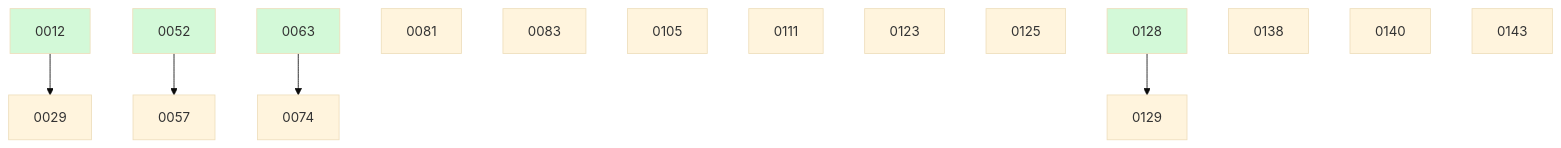
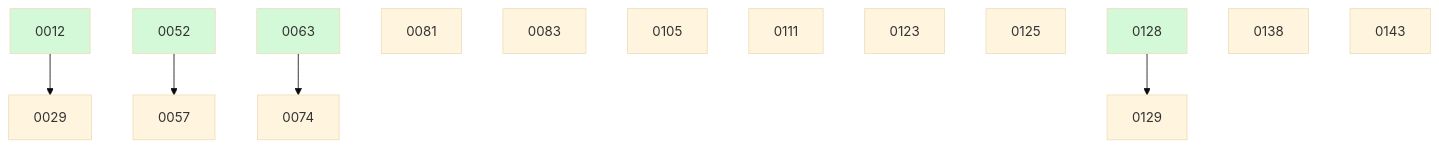
One commit to ethanhinson/fuse changed the diagram in docs/changes/BOARD.md. Above: the diagram before and after it, drawn with Mermaid (base theme). The commit also changed other lines of this file and 1 other file, not shown here.

````diff
--- a/docs/changes/BOARD.md
+++ b/docs/changes/BOARD.md
@@ -38,21 +37,20 @@
 ```mermaid
 graph TD
   0012 --> 0029
   0052 --> 0057
   0063 --> 0074
   0081
   0083
   0105
   0111
   0123
   0125
   0128 --> 0129
   0138
-  0140
   0143
   0012:::done
   0052:::done
   0063:::done
   0128:::done
   classDef done fill:#d3f9d8;
 ```
````
